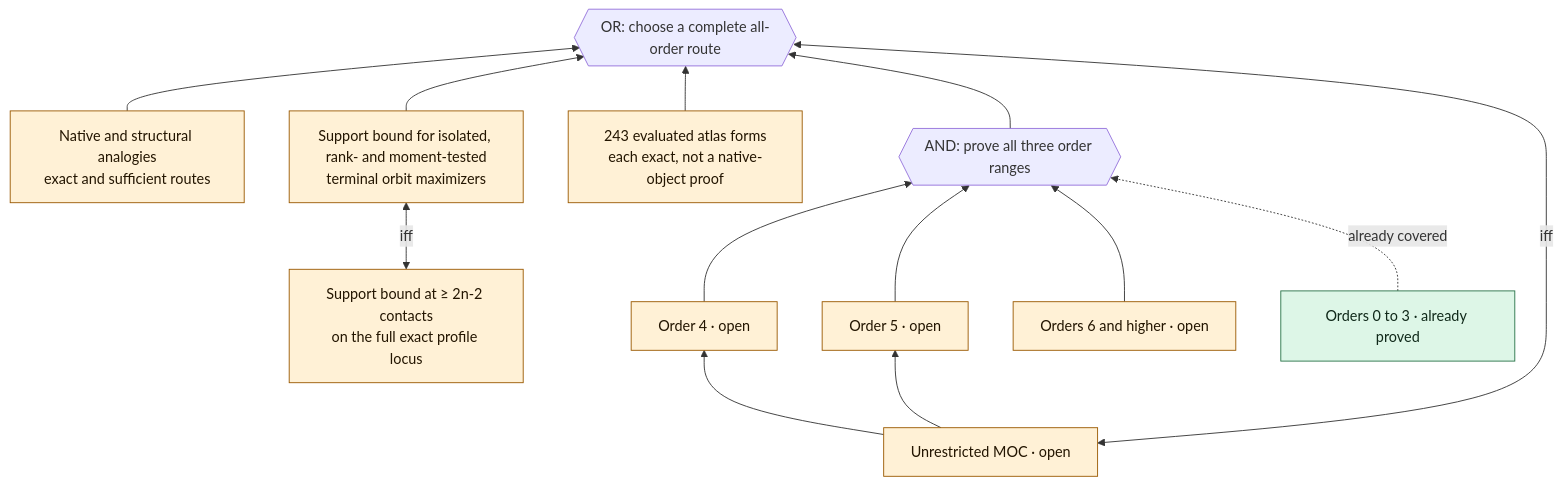
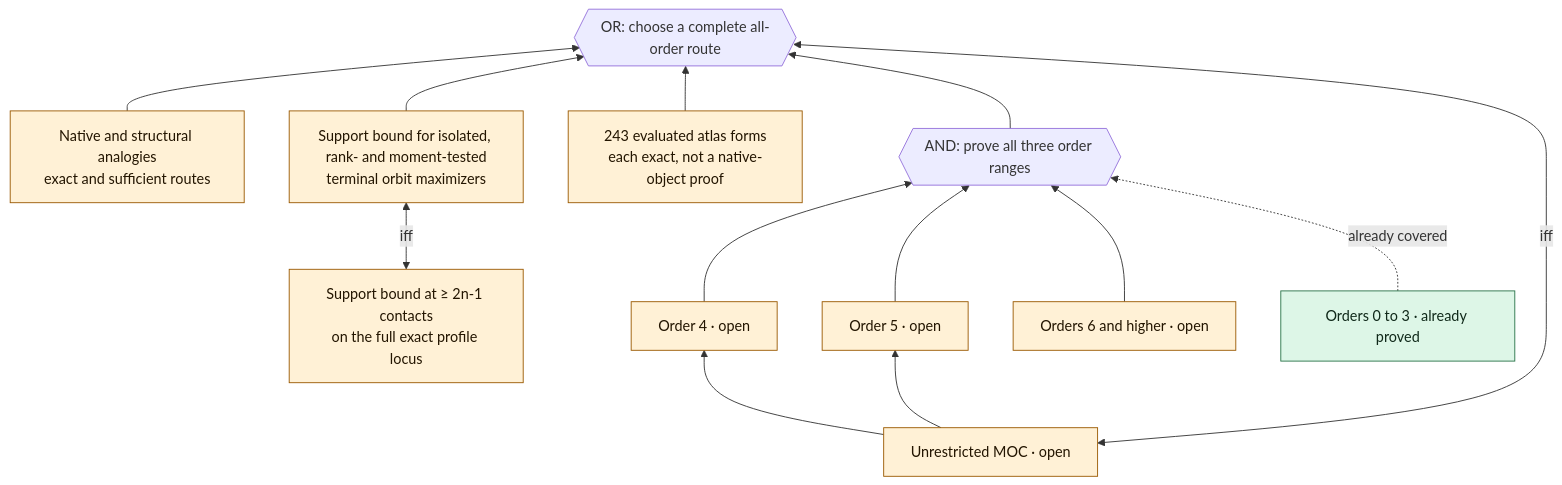
One commit to ascendnoosphere/MOC changed the first of 4 diagrams in Lean/ProofTree.md. Above: the diagram before and after it, drawn with Mermaid. The commit also changed other lines of this file and 24 other files, not shown here.

````diff
--- a/Lean/ProofTree.md
+++ b/Lean/ProofTree.md
@@ -12,28 +12,28 @@
 ```mermaid
 flowchart BT
     ALL["Unrestricted MOC · open"]:::open
     ROUTES{{"OR: choose a complete all-order route"}}
     NATIVE["Native and structural analogies<br/>exact and sufficient routes"]:::open
     SAT["Support bound for isolated, rank- and moment-tested<br/>terminal orbit maximizers"]:::open
-    SIMPLE["Support bound at ≥ 2n-2 contacts<br/>on the full exact profile locus"]:::open
+    SIMPLE["Support bound at ≥ 2n-1 contacts<br/>on the full exact profile locus"]:::open
     ATLAS["243 evaluated atlas forms<br/>each exact, not a native-object proof"]:::open
     SPLIT{{"AND: prove all three order ranges"}}
     FOUR["Order 4 · open"]:::open
     FIVE["Order 5 · open"]:::open
     HIGH["Orders 6 and higher · open"]:::open
     LOW["Orders 0 to 3 · already proved"]:::checked
     NATIVE --> ROUTES
     SIMPLE <-->|iff| SAT
     SAT --> ROUTES
     ATLAS --> ROUTES
     FOUR --> SPLIT
     FIVE --> SPLIT
     HIGH --> SPLIT
     LOW -. already covered .-> SPLIT
     SPLIT --> ROUTES
     ROUTES <-->|iff| ALL
     ALL --> FOUR
     ALL --> FIVE
     classDef open fill:#fff1d6,stroke:#9a5900,color:#231500
     classDef checked fill:#ddf6e7,stroke:#287348,color:#10291a
 ```
````
